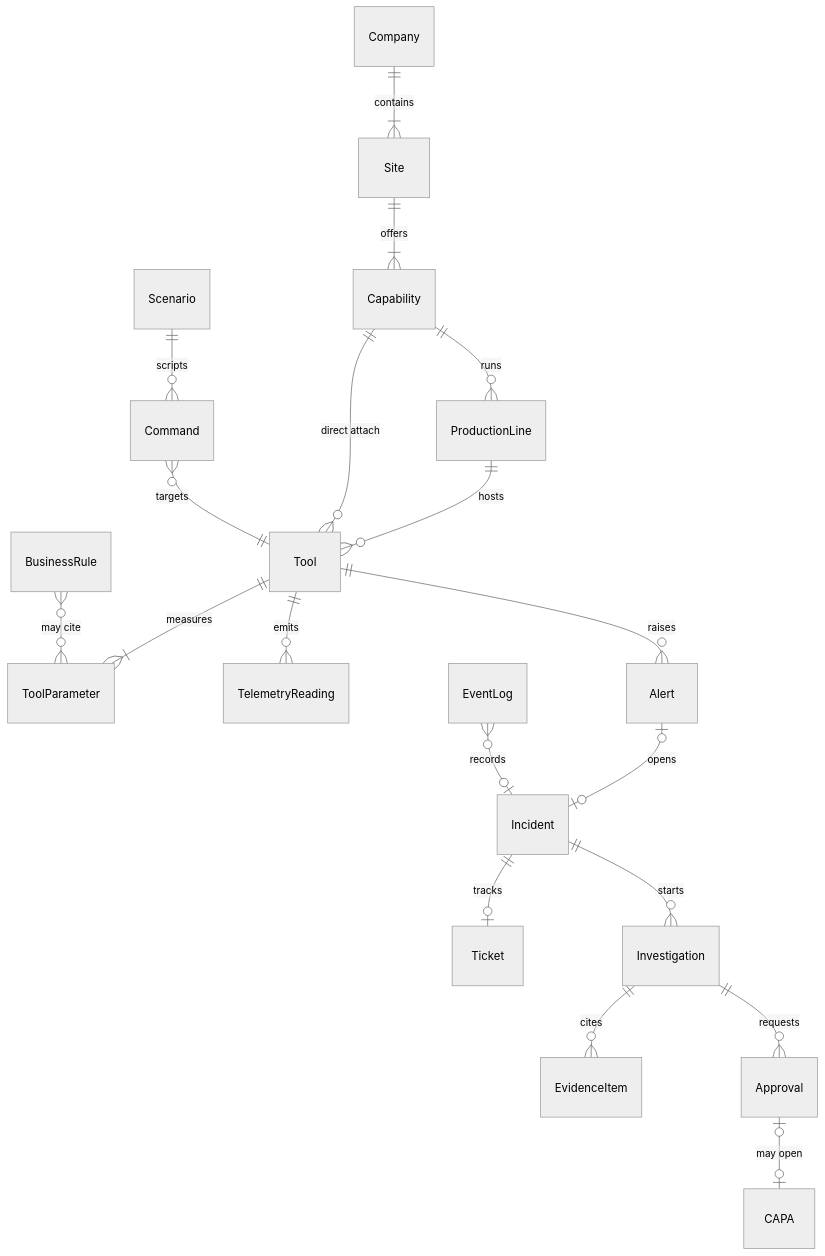
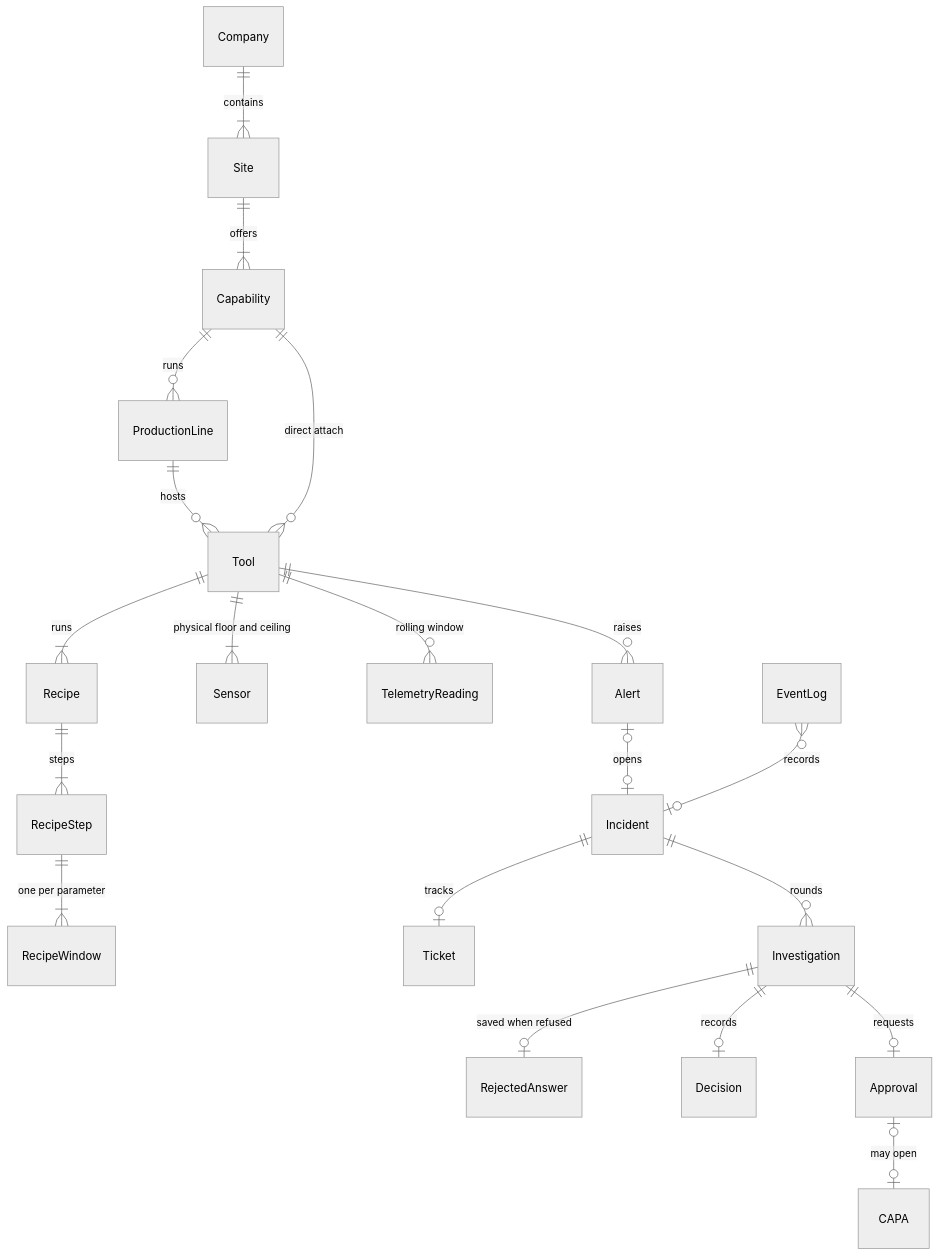
Before and after one commit to ccc-bcweis/mps-quality-agents: the diagram in docs/architecture/data-model.md, drawn with Mermaid (neutral theme). The commit also changed other lines of this file and 30 other files, not shown here.

````diff
--- a/docs/architecture/data-model.md
+++ b/docs/architecture/data-model.md
@@ -9,21 +9,22 @@
 ```mermaid
 erDiagram
     Company ||--|{ Site : contains
     Site ||--|{ Capability : offers
     Capability ||--o{ ProductionLine : runs
     ProductionLine ||--o{ Tool : hosts
     Capability ||--o{ Tool : "direct attach"
-    Tool ||--|{ ToolParameter : measures
-    BusinessRule }o--o{ ToolParameter : "may cite"
-    Tool ||--o{ TelemetryReading : emits
+    Tool ||--|{ Recipe : runs
+    Recipe ||--|{ RecipeStep : steps
+    RecipeStep ||--|{ RecipeWindow : "one per parameter"
+    Tool ||--|{ Sensor : "physical floor and ceiling"
+    Tool ||--o{ TelemetryReading : "rolling window"
     Tool ||--o{ Alert : raises
     Alert |o--o| Incident : opens
     Incident ||--o| Ticket : tracks
-    Incident ||--o{ Investigation : starts
-    Investigation ||--o{ EvidenceItem : cites
-    Investigation ||--o{ Approval : requests
+    Incident ||--o{ Investigation : rounds
+    Investigation ||--o| RejectedAnswer : "saved when refused"
+    Investigation ||--o| Decision : records
+    Investigation ||--o| Approval : requests
     Approval |o--o| CAPA : "may open"
-    Scenario ||--o{ Command : scripts
-    Command }o--|| Tool : targets
     EventLog }o--o| Incident : records
 ```
````
